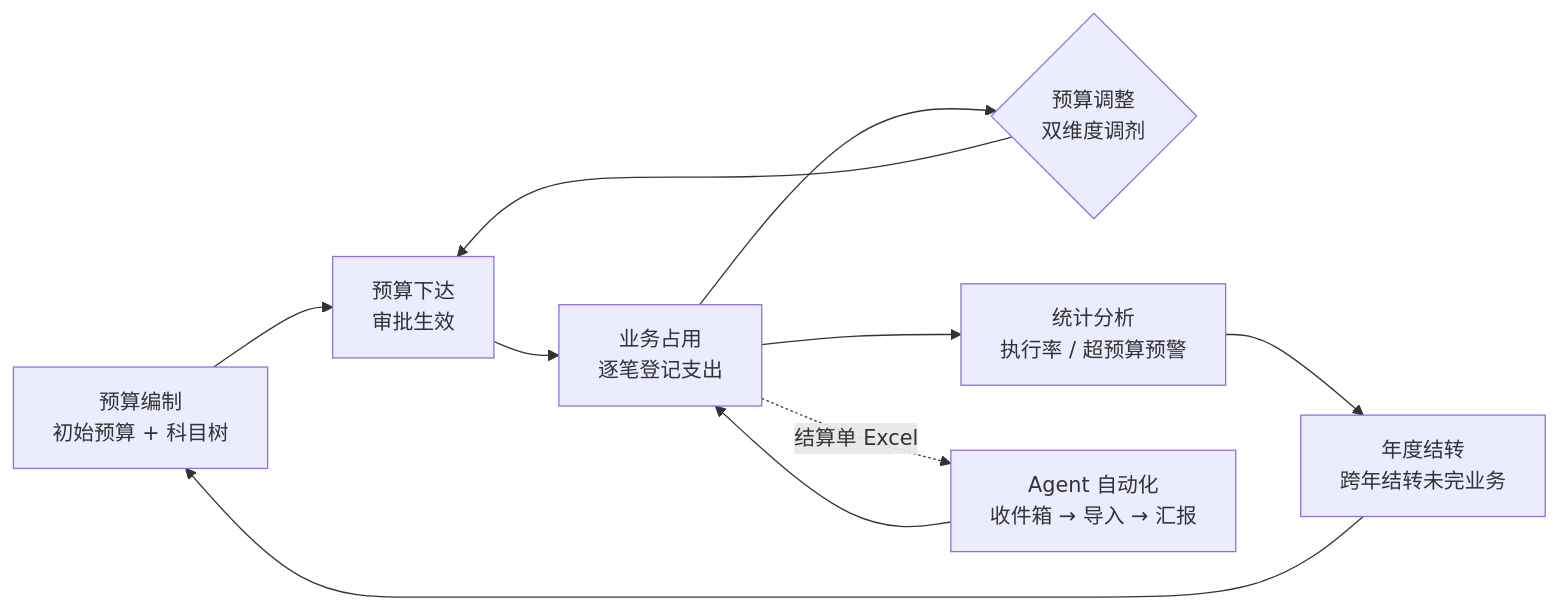
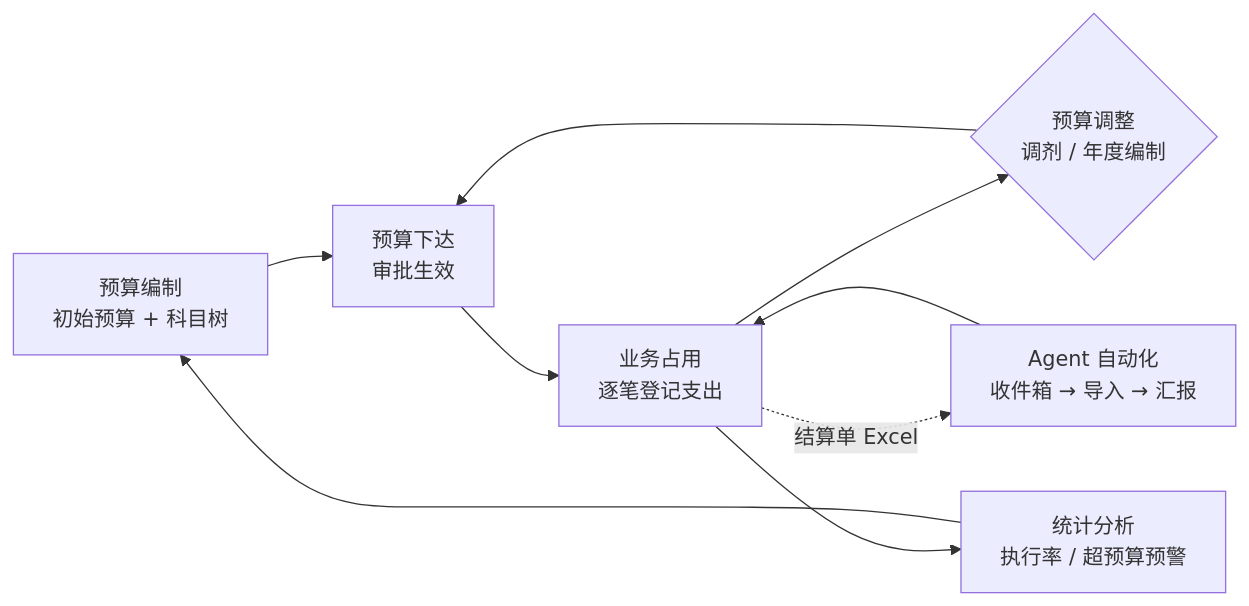
The diagram in README.md (zweien/budget-management), drawn with Mermaid before and after one commit. The commit also changed other lines of this file and 19 other files, not shown here.

````diff
--- a/README.md
+++ b/README.md
@@ -44,12 +44,11 @@
 ```mermaid
 flowchart LR
     A[预算编制<br/>初始预算 + 科目树] --> B[预算下达<br/>审批生效]
     B --> C[业务占用<br/>逐笔登记支出]
-    C --> D{预算调整<br/>双维度调剂}
+    C --> D{预算调整<br/>调剂 / 年度编制}
     D --> B
     C --> E[统计分析<br/>执行率 / 超预算预警]
-    E --> F[年度结转<br/>跨年结转未完业务]
-    F --> A
+    E --> A
     C -.结算单 Excel.-> G[Agent 自动化<br/>收件箱 → 导入 → 汇报]
     G --> C
 ```
````
